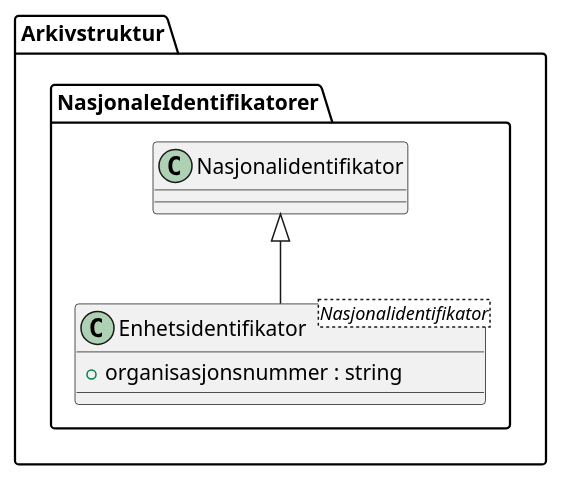
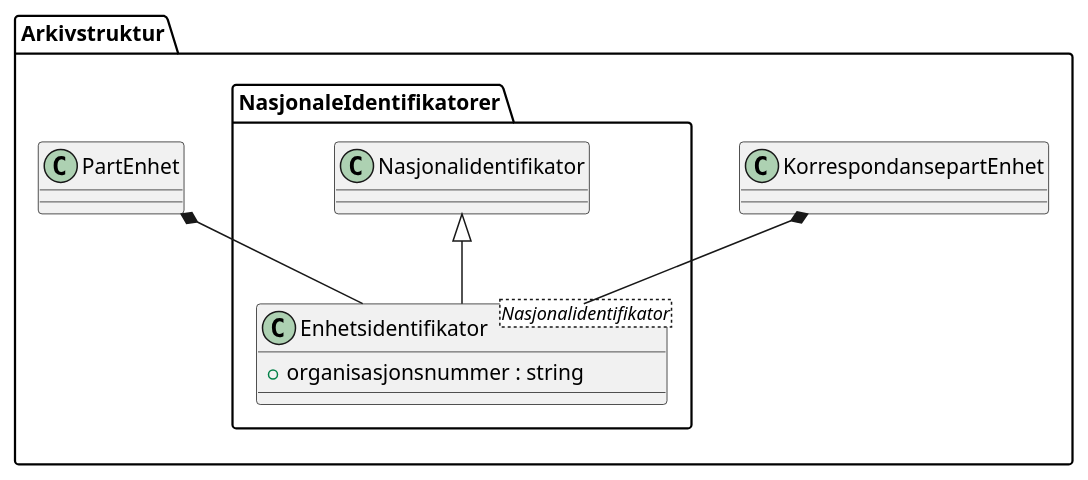
One commit to arkivverket/noark5-tjenestegrensesnitt-standard changed the diagram in kapitler/media/uml-class-enhetsidentifikator.puml. Above: the diagram before and after it, drawn with PlantUML. The commit also changed 12 other files, not shown here.

Commit message:
Oppdater UML-diagram med relasjon til innbakte entiteter.

```diff
--- a/kapitler/media/uml-class-enhetsidentifikator.puml
+++ b/kapitler/media/uml-class-enhetsidentifikator.puml
@@ -1,7 +1,9 @@
 @startuml
 skinparam nodesep 100
 class Arkivstruktur.NasjonaleIdentifikatorer.Enhetsidentifikator <Nasjonalidentifikator> {
   +organisasjonsnummer : string
 }
+Arkivstruktur.KorrespondansepartEnhet *-- Arkivstruktur.NasjonaleIdentifikatorer.Enhetsidentifikator
 Arkivstruktur.NasjonaleIdentifikatorer.Nasjonalidentifikator <|-- Arkivstruktur.NasjonaleIdentifikatorer.Enhetsidentifikator
+Arkivstruktur.PartEnhet *-- Arkivstruktur.NasjonaleIdentifikatorer.Enhetsidentifikator
 @enduml
```
